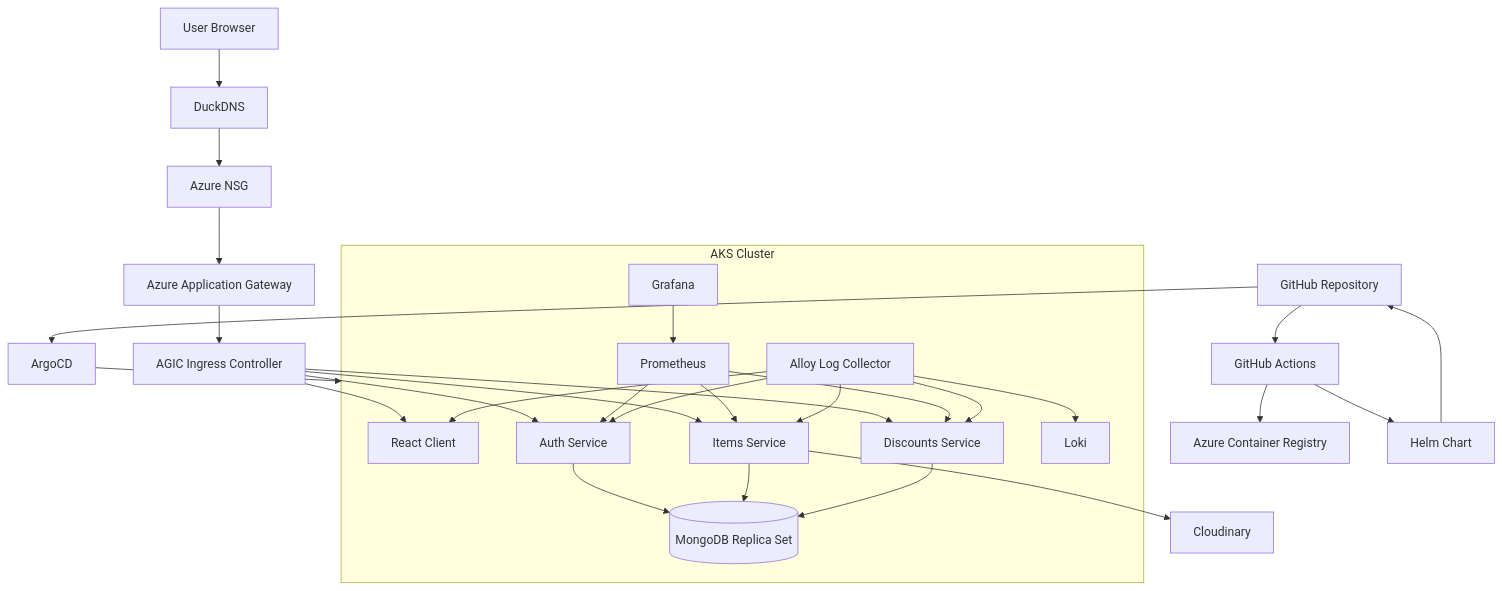
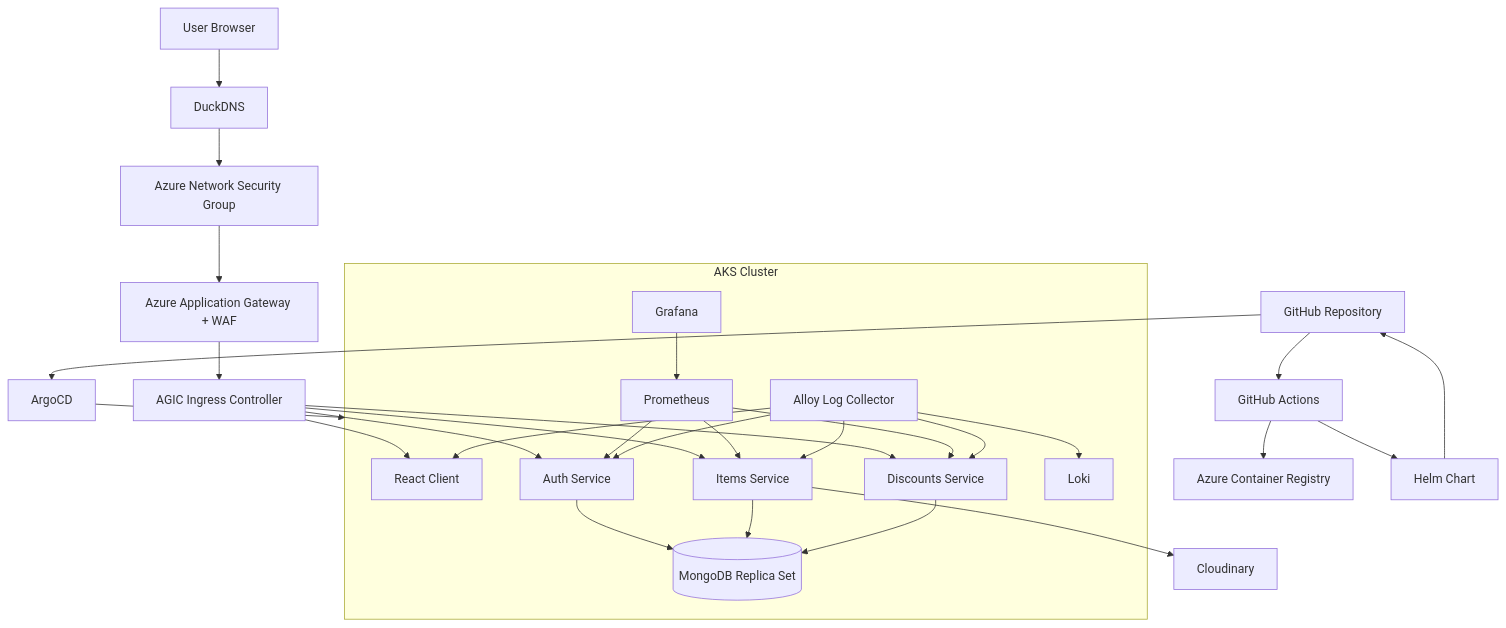
One commit to lananhtrande/Project-3-Restauranty---End-to-End-DevOps-Deployment changed the first of 2 diagrams in README.md. Above: the diagram before and after it, drawn with Mermaid. The commit also changed other lines of this file, not shown here.

```diff
--- a/README.md
+++ b/README.md
@@ -30,9 +30,9 @@
 
     DNS[DuckDNS]
 
-    NSG[Azure NSG]
+    NSG[Azure Network Security Group]
 
-    AppGW[Azure Application Gateway]
+    AppGW[Azure Application Gateway + WAF]
 
     AGIC[AGIC Ingress Controller]
 
```
